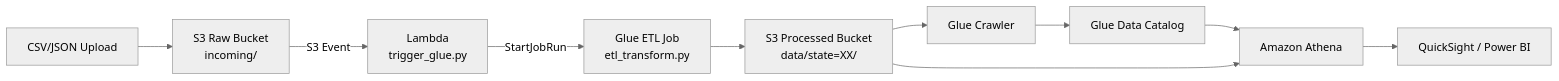
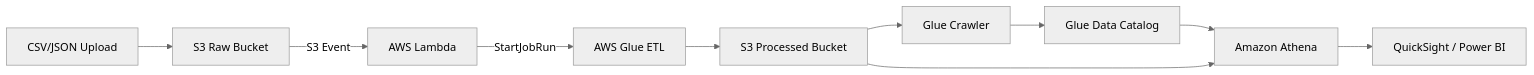
Before and after one commit to IsahiRea/aws-etl-pipeline: the diagram in README.md, drawn with Mermaid (neutral theme).

Commit message:
Clean up Mermaid diagram labels to use service names

````diff
--- a/README.md
+++ b/README.md
@@ -14,12 +14,12 @@
 ```mermaid
 flowchart LR
-    A[CSV/JSON Upload] --> B[S3 Raw Bucket\nincoming/]
-    B -->|S3 Event| C[Lambda\ntrigger_glue.py]
-    C -->|StartJobRun| D[Glue ETL Job\netl_transform.py]
-    D --> E[S3 Processed Bucket\ndata/state=XX/]
+    A[CSV/JSON Upload] --> B[S3 Raw Bucket]
+    B -->|S3 Event| C[AWS Lambda]
+    C -->|StartJobRun| D[AWS Glue ETL]
+    D --> E[S3 Processed Bucket]
     E --> F[Glue Crawler]
     F --> G[Glue Data Catalog]
     G --> H[Amazon Athena]
     E --> H
     H --> I[QuickSight / Power BI]
 ```
````
